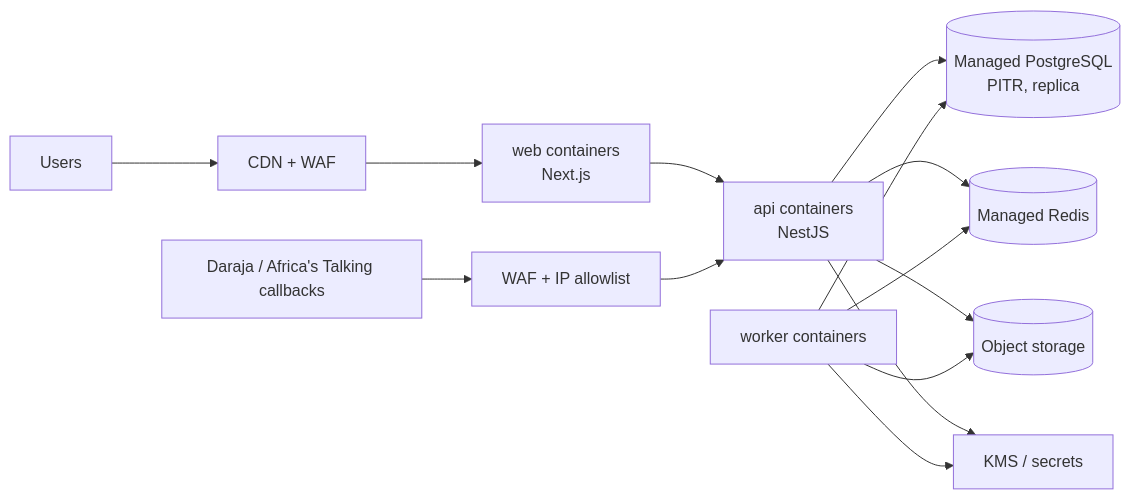
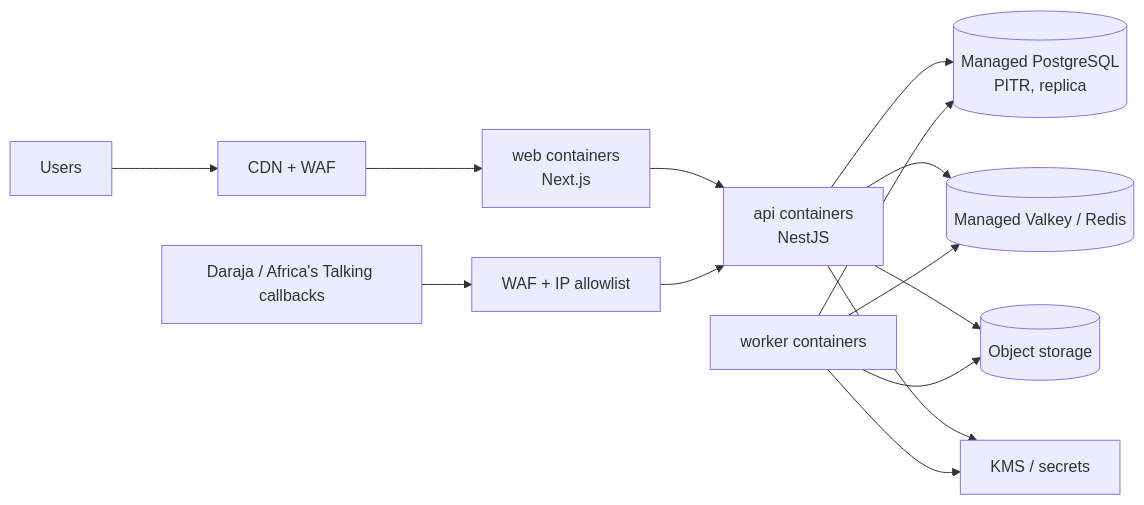
The seventh of 7 diagrams in docs/ARCHITECTURE.md (rosanne-odiero/construction), drawn with Mermaid before and after one commit. The commit also changed other lines of this file and 4 other files, not shown here.

````diff
--- a/docs/ARCHITECTURE.md
+++ b/docs/ARCHITECTURE.md
@@ -593,15 +599,15 @@
 ```mermaid
 flowchart LR
   U["Users"] --> CDN["CDN + WAF"]
   CDN --> WEBC["web containers<br/>Next.js"]
   WEBC --> APIC["api containers<br/>NestJS"]
   MP["Daraja / Africa's Talking callbacks"] --> WAF2["WAF + IP allowlist"] --> APIC
   APIC --> PGM[("Managed PostgreSQL<br/>PITR, replica")]
   WRKC["worker containers"] --> PGM
-  APIC --> RED[("Managed Redis")]
+  APIC --> RED[("Managed Valkey / Redis")]
   WRKC --> RED
   APIC --> OBJS[("Object storage")]
   WRKC --> OBJS
   APIC --> KMSS["KMS / secrets"]
   WRKC --> KMSS
 ```
````
